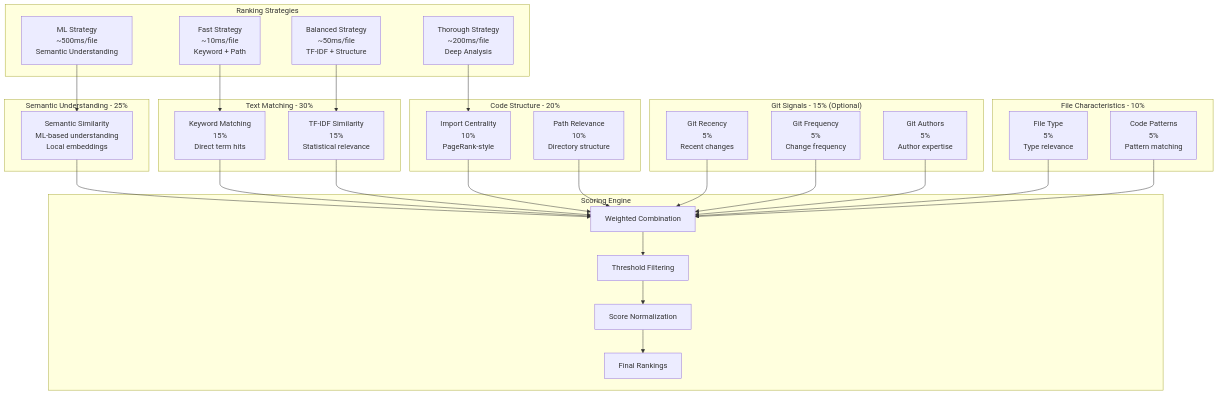
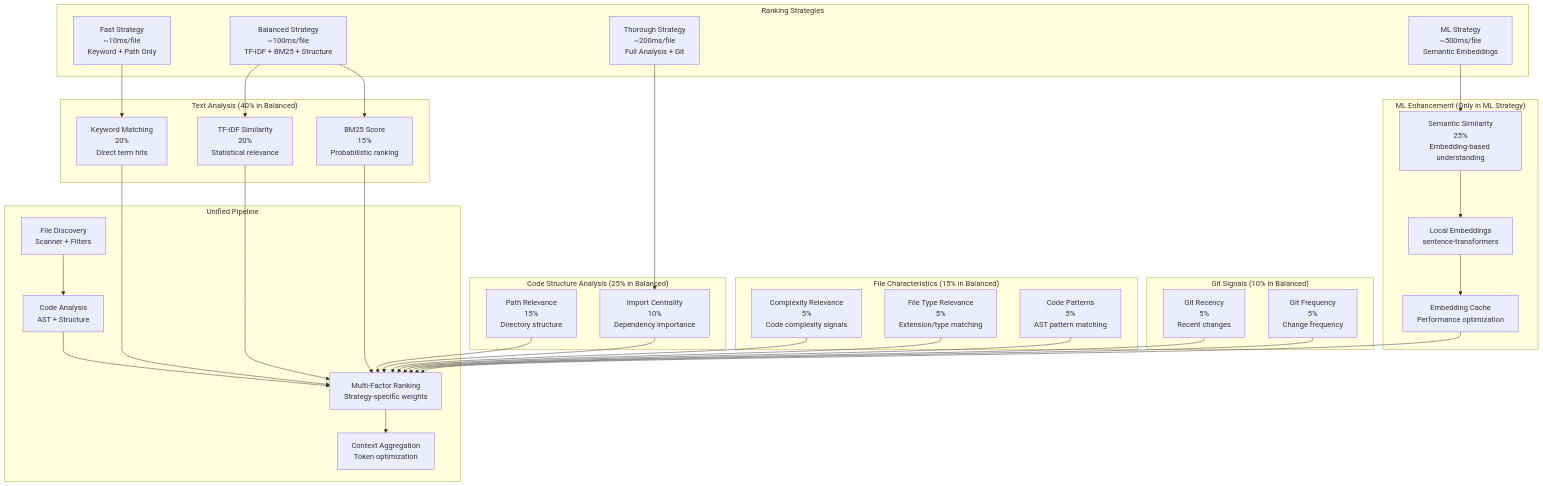
One commit to jddunn/tenets changed the tenth of 32 diagrams in docs/ARCHITECTURE.md. Above: the diagram before and after it, drawn with Mermaid. The commit also changed other lines of this file and 10 other files, not shown here.

Commit message:
fix: make distill cmd use ranker as was supposed to before, hook up nlp tools / refactor comps out; update tests and docs architecture

````diff
--- a/docs/ARCHITECTURE.md
+++ b/docs/ARCHITECTURE.md
@@ -906,61 +908,69 @@
 ```mermaid
 graph TD
     subgraph "Ranking Strategies"
-        FAST[Fast Strategy<br/>~10ms/file<br/>Keyword + Path]
-        BALANCED[Balanced Strategy<br/>~50ms/file<br/>TF-IDF + Structure]
-        THOROUGH[Thorough Strategy<br/>~200ms/file<br/>Deep Analysis]
-        ML_STRAT[ML Strategy<br/>~500ms/file<br/>Semantic Understanding]
+        FAST[Fast Strategy<br/>~10ms/file<br/>Keyword + Path Only]
+        BALANCED[Balanced Strategy<br/>~100ms/file<br/>TF-IDF + BM25 + Structure]
+        THOROUGH[Thorough Strategy<br/>~200ms/file<br/>Full Analysis + Git]
+        ML_STRAT[ML Strategy<br/>~500ms/file<br/>Semantic Embeddings]
     end
 
-    subgraph "Semantic Understanding - 25%"
-        SEM_SIM[Semantic Similarity<br/>ML-based understanding<br/>Local embeddings]
+    subgraph "Text Analysis (40% in Balanced)"
+        KEY_MATCH[Keyword Matching<br/>20%<br/>Direct term hits]
+        TFIDF_SIM[TF-IDF Similarity<br/>20%<br/>Statistical relevance]  
+        BM25_SCORE[BM25 Score<br/>15%<br/>Probabilistic ranking]
     end
 
-    subgraph "Text Matching - 30%"
-        KEY_MATCH[Keyword Matching<br/>15%<br/>Direct term hits]
-        TFIDF_SIM[TF-IDF Similarity<br/>15%<br/>Statistical relevance]
+    subgraph "Code Structure Analysis (25% in Balanced)"
+        PATH_REL[Path Relevance<br/>15%<br/>Directory structure]
+        IMP_CENT[Import Centrality<br/>10%<br/>Dependency importance]
     end
 
-    subgraph "Code Structure - 20%"
-        IMP_CENT[Import Centrality<br/>10%<br/>PageRank-style]
-        PATH_REL[Path Relevance<br/>10%<br/>Directory structure]
+    subgraph "File Characteristics (15% in Balanced)"
+        COMPLEXITY_REL[Complexity Relevance<br/>5%<br/>Code complexity signals]
+        FILE_TYPE[File Type Relevance<br/>5%<br/>Extension/type matching]
+        CODE_PAT[Code Patterns<br/>5%<br/>AST pattern matching]
     end
 
-    subgraph "Git Signals - 15% (Optional)"
+    subgraph "Git Signals (10% in Balanced)"
         GIT_REC[Git Recency<br/>5%<br/>Recent changes]
-        GIT_FREQ[Git Frequency<br/>5%<br/>Change frequency]
-        GIT_AUTH[Git Authors<br/>5%<br/>Author expertise]
+        GIT_FREQ[Git Frequency<br/>5%<br/>Change frequency] 
     end
 
-    subgraph "File Characteristics - 10%"
-        FILE_TYPE[File Type<br/>5%<br/>Type relevance]
-        CODE_PAT[Code Patterns<br/>5%<br/>Pattern matching]
+    subgraph "ML Enhancement (Only in ML Strategy)"
+        SEM_SIM[Semantic Similarity<br/>25%<br/>Embedding-based understanding]
+        LOCAL_EMB[Local Embeddings<br/>sentence-transformers]
+        EMBED_CACHE[Embedding Cache<br/>Performance optimization]
     end
 
-    subgraph "Scoring Engine"
-        WEIGHTED[Weighted Combination]
-        THRESHOLD[Threshold Filtering]
-        NORMALIZED[Score Normalization]
-        RANKED[Final Rankings]
+    subgraph "Unified Pipeline"
+        FILE_DISCOVERY[File Discovery<br/>Scanner + Filters]
+        ANALYSIS[Code Analysis<br/>AST + Structure]
+        RANKING[Multi-Factor Ranking<br/>Strategy-specific weights]
+        AGGREGATION[Context Aggregation<br/>Token optimization]
     end
 
     FAST --> KEY_MATCH
     BALANCED --> TFIDF_SIM
+    BALANCED --> BM25_SCORE
     THOROUGH --> IMP_CENT
     ML_STRAT --> SEM_SIM
 
-    SEM_SIM --> WEIGHTED
-    KEY_MATCH --> WEIGHTED
-    TFIDF_SIM --> WEIGHTED
-    IMP_CENT --> WEIGHTED
-    PATH_REL --> WEIGHTED
-    GIT_REC --> WEIGHTED
-    GIT_FREQ --> WEIGHTED
-    GIT_AUTH --> WEIGHTED
-    FILE_TYPE --> WEIGHTED
-    CODE_PAT --> WEIGHTED
+    FILE_DISCOVERY --> ANALYSIS
+    ANALYSIS --> RANKING
+    RANKING --> AGGREGATION
 
-    WEIGHTED --> THRESHOLD
-    THRESHOLD --> NORMALIZED
-    NORMALIZED --> RANKED
+    KEY_MATCH --> RANKING
+    TFIDF_SIM --> RANKING
+    BM25_SCORE --> RANKING
+    PATH_REL --> RANKING
+    IMP_CENT --> RANKING
+    COMPLEXITY_REL --> RANKING
+    FILE_TYPE --> RANKING
+    CODE_PAT --> RANKING
+    GIT_REC --> RANKING
+    GIT_FREQ --> RANKING
+
+    SEM_SIM --> LOCAL_EMB
+    LOCAL_EMB --> EMBED_CACHE
+    EMBED_CACHE --> RANKING
 ```
````
